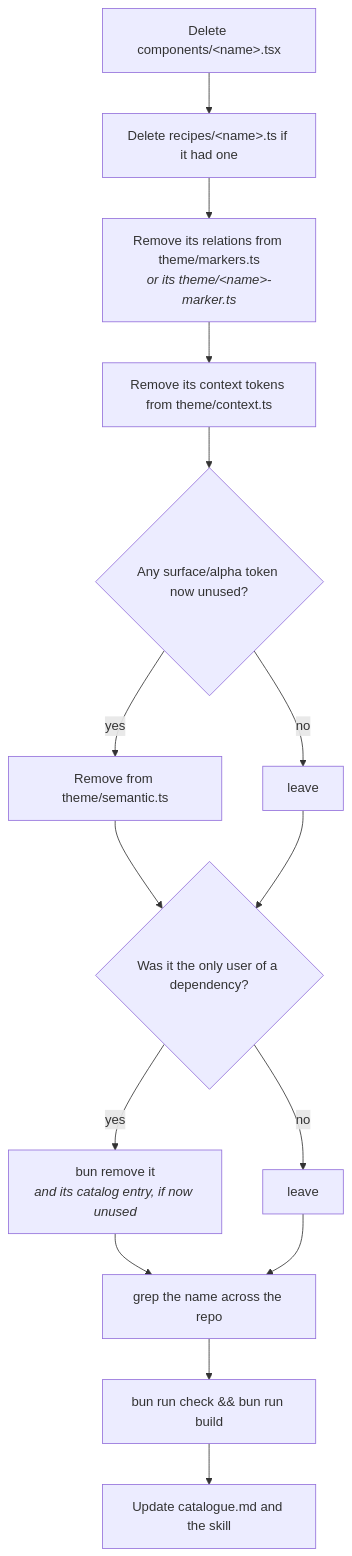
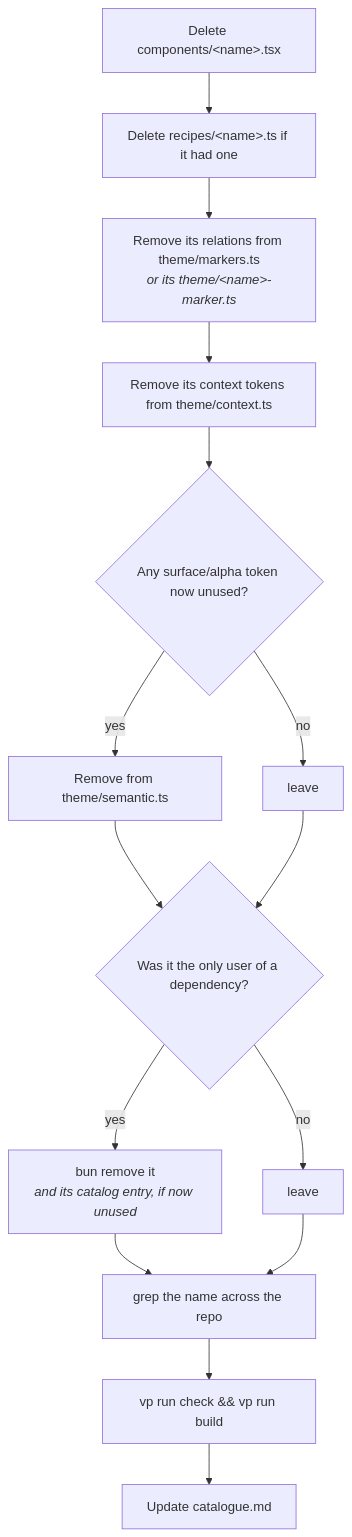
Before and after one commit to kirana-style/kirana-ui: the second of 4 diagrams in docs/workflows.md, drawn with Mermaid. The commit also changed other lines of this file and 43 other files, not shown here.

````diff
--- a/docs/workflows.md
+++ b/docs/workflows.md
@@ -78,15 +78,15 @@
 ```mermaid
 flowchart TD
     A["Delete components/&lt;name&gt;.tsx"] --> B["Delete recipes/&lt;name&gt;.ts if it had one"]
     B --> C["Remove its relations from theme/markers.ts<br/><i>or its theme/&lt;name&gt;-marker.ts</i>"]
     C --> D["Remove its context tokens from theme/context.ts"]
     D --> E{"Any surface/alpha token now unused?"}
     E -->|yes| F["Remove from theme/semantic.ts"]
     E -->|no| G["leave"]
     F & G --> H{"Was it the only user of a dependency?"}
     H -->|yes| I["bun remove it<br/><i>and its catalog entry, if now unused</i>"]
     H -->|no| J["leave"]
     I & J --> K["grep the name across the repo"]
-    K --> L["bun run check && bun run build"]
-    L --> M["Update catalogue.md and the skill"]
+    K --> L["vp run check && vp run build"]
+    L --> M["Update catalogue.md"]
 ```
````
